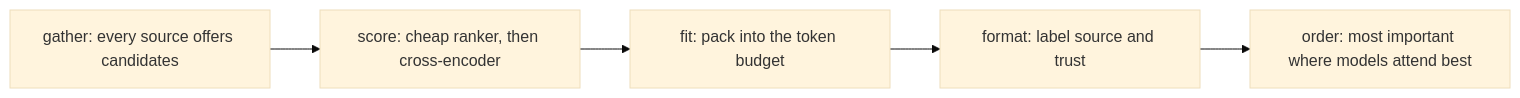
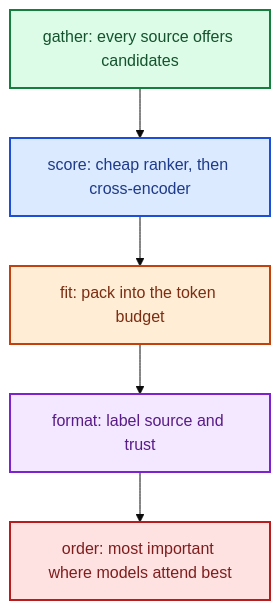
One commit to kk-engineer/robosathi changed the third of 4 diagrams in content/en/docs/agentic_ai/rag.md. Above: the diagram before and after it, drawn with Mermaid (base theme). The commit also changed other lines of this file and 15 other files, not shown here.

First line of the commit message:
perf: Lighter pages and on-demand loading; legible flow diagrams

````diff
--- a/content/en/docs/agentic_ai/rag.md
+++ b/content/en/docs/agentic_ai/rag.md
@@ -186,4 +186,15 @@
 ```mermaid
-graph LR
+graph TD
     G["gather: every source offers candidates"] --> S["score: cheap ranker, then cross-encoder"] --> F["fit: pack into the token budget"] --> FM["format: label source and trust"] --> O["order: most important where models attend best"]
+    classDef c1 fill:#dcfce7,stroke:#15803d,stroke-width:2px,color:#14532d
+    classDef c2 fill:#dbeafe,stroke:#1d4ed8,stroke-width:2px,color:#1e3a8a
+    classDef c3 fill:#ffedd5,stroke:#c2410c,stroke-width:2px,color:#7c2d12
+    classDef c4 fill:#f3e8ff,stroke:#7e22ce,stroke-width:2px,color:#581c87
+    classDef c5 fill:#fee2e2,stroke:#b91c1c,stroke-width:2px,color:#7f1d1d
+    classDef c6 fill:#ccfbf1,stroke:#0f766e,stroke-width:2px,color:#134e4a
+    class G c1
+    class S c2
+    class F c3
+    class FM c4
+    class O c5
 ```
````
